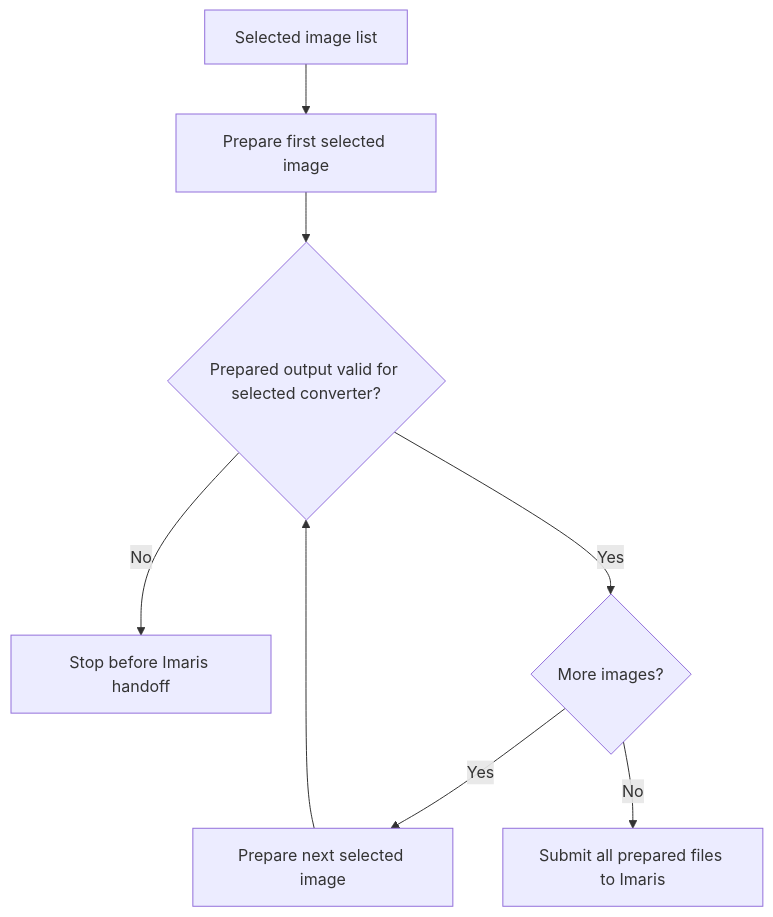
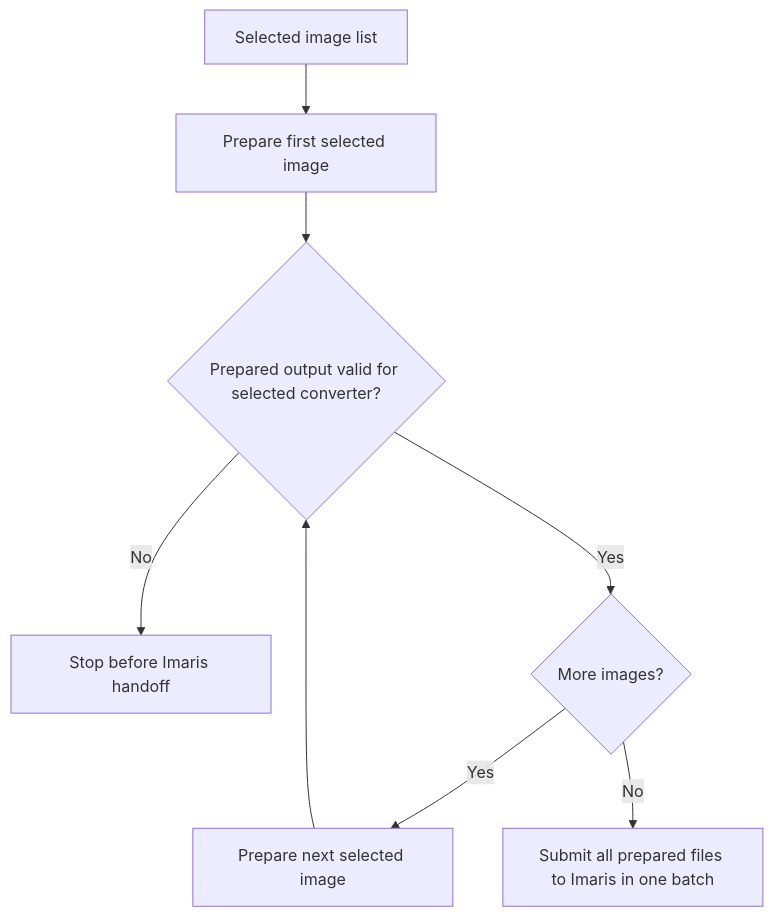
One commit to ZMB-UZH/omero-docker-extended changed the seventh of 7 diagrams in docs/plugins/imaris-connector-workflow.md. Above: the diagram before and after it, drawn with Mermaid. The commit also changed other lines of this file and 4 other files, not shown here.

````diff
--- a/docs/plugins/imaris-connector-workflow.md
+++ b/docs/plugins/imaris-connector-workflow.md
@@ -221,10 +228,10 @@
 ```mermaid
 flowchart TD
     A[Selected image list] --> B[Prepare first selected image]
     B --> C{Prepared output valid for selected converter?}
     C -->|No| D[Stop before Imaris handoff]
     C -->|Yes| E{More images?}
     E -->|Yes| F[Prepare next selected image]
     F --> C
-    E -->|No| G[Submit all prepared files to Imaris]
+    E -->|No| G[Submit all prepared files to Imaris in one batch]
 ```
````
